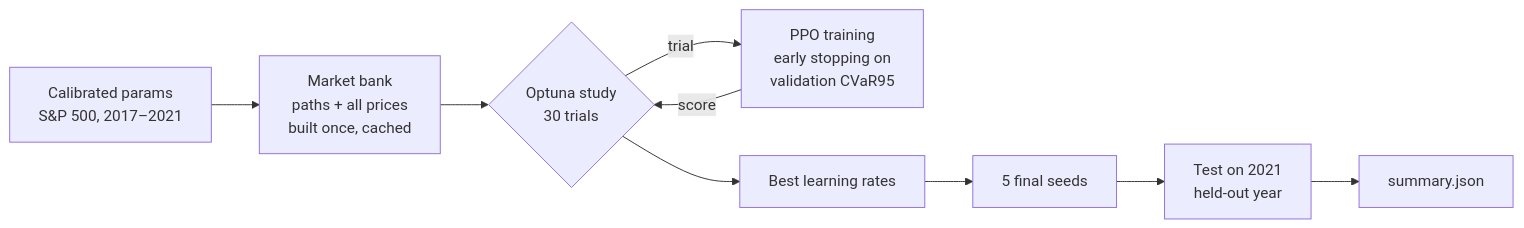
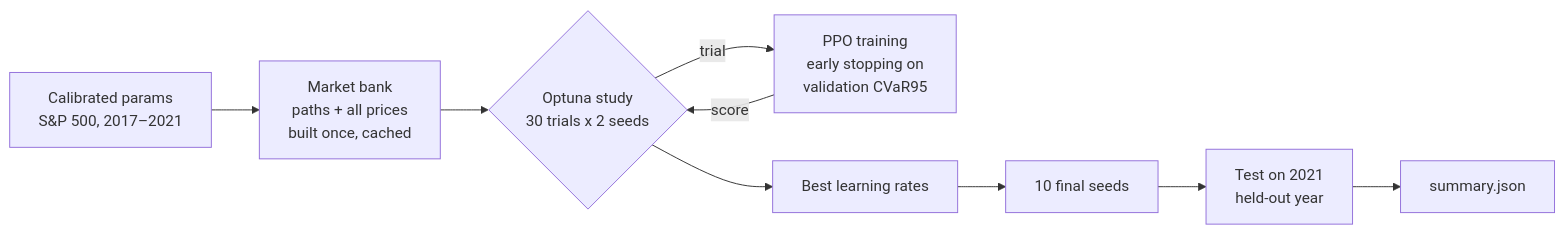
The diagram in README.md (manu-2213/DeepHedging), drawn with Mermaid before and after one commit. The commit also changed other lines of this file and 59 other files, not shown here.

Commit message:
Fixed bug with Heston pricer for low maturities. New experiment testing single vs band vs double architecture. Fixed bug for digital option (payout was set to one, so the agent chose not to trade always, now the digital value is 10% of the wieght of the underlying)

````diff
--- a/README.md
+++ b/README.md
@@ -59,11 +64,11 @@
 ```mermaid
 flowchart LR
     A[Calibrated params<br/>S&P 500, 2017–2021] --> B[Market bank<br/>paths + all prices<br/>built once, cached]
-    B --> C{Optuna study<br/>30 trials}
+    B --> C{Optuna study<br/>30 trials x 2 seeds}
     C -->|trial| D[PPO training<br/>early stopping on<br/>validation CVaR95]
     D -->|score| C
     C --> E[Best learning rates]
-    E --> F[5 final seeds]
+    E --> F[10 final seeds]
     F --> G[Test on 2021<br/>held-out year]
     G --> H[summary.json]
 ```
````
